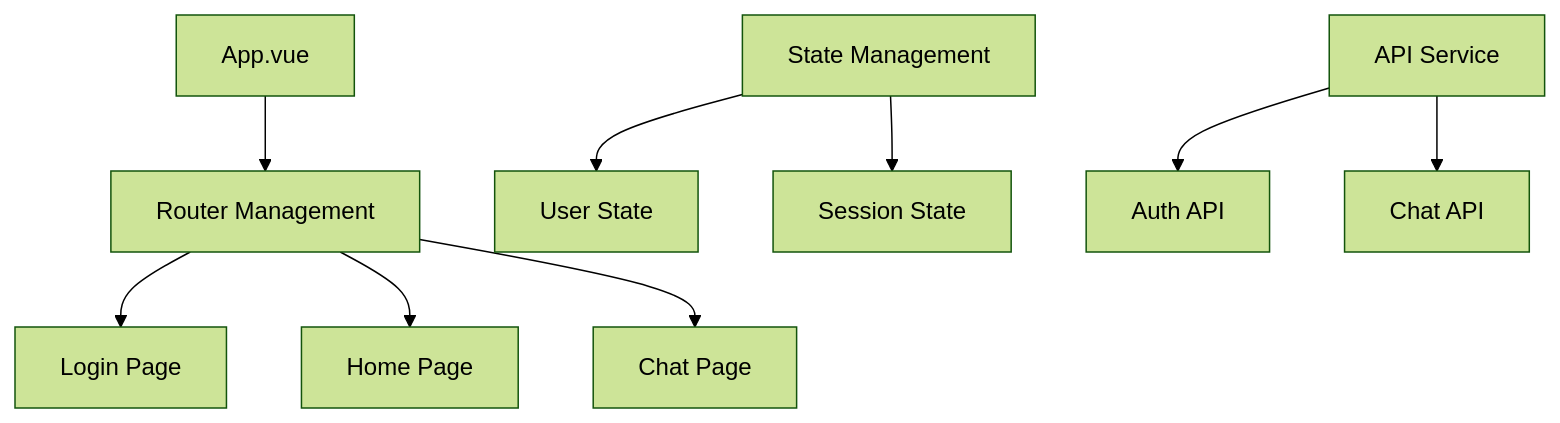
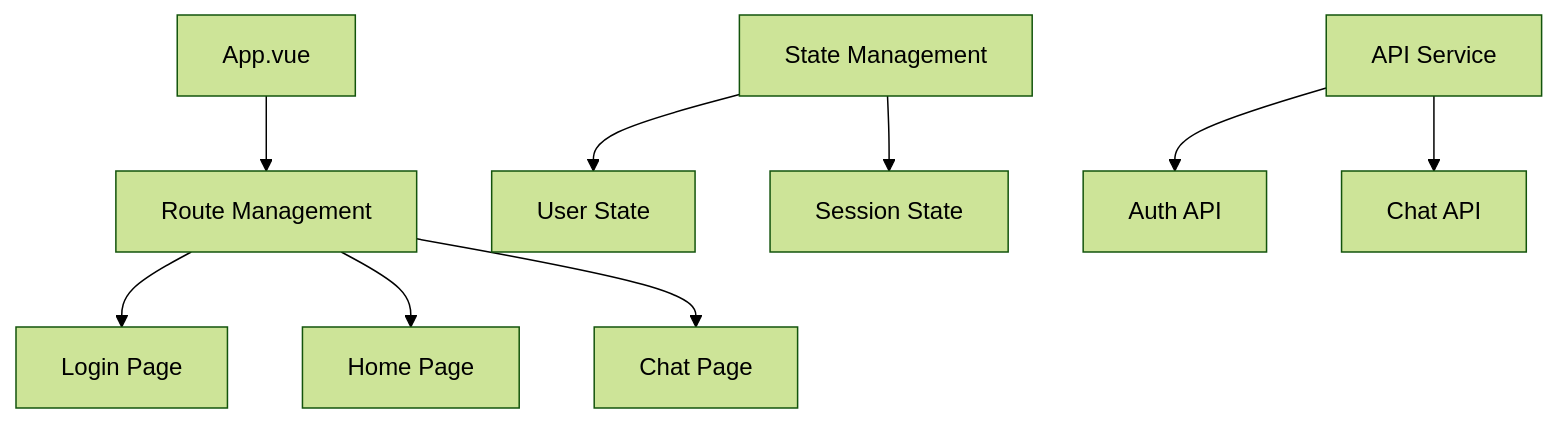
Before and after one commit to xushuhui/zhida: the second of 5 diagrams in docs/technical-design.md, drawn with Mermaid (forest theme). The commit also changed other lines of this file and 39 other files, not shown here.

````diff
--- a/docs/technical-design.md
+++ b/docs/technical-design.md
@@ -269,11 +47,11 @@
 ```mermaid
 graph TD
-    A[App.vue] --> B[Router Management]
+    A[App.vue] --> B[Route Management]
     B --> C[Login Page]
     B --> D[Home Page]
     B --> E[Chat Page]
     F[State Management] --> G[User State]
     F --> H[Session State]
     I[API Service] --> J[Auth API]
     I --> K[Chat API]
 ```
````
